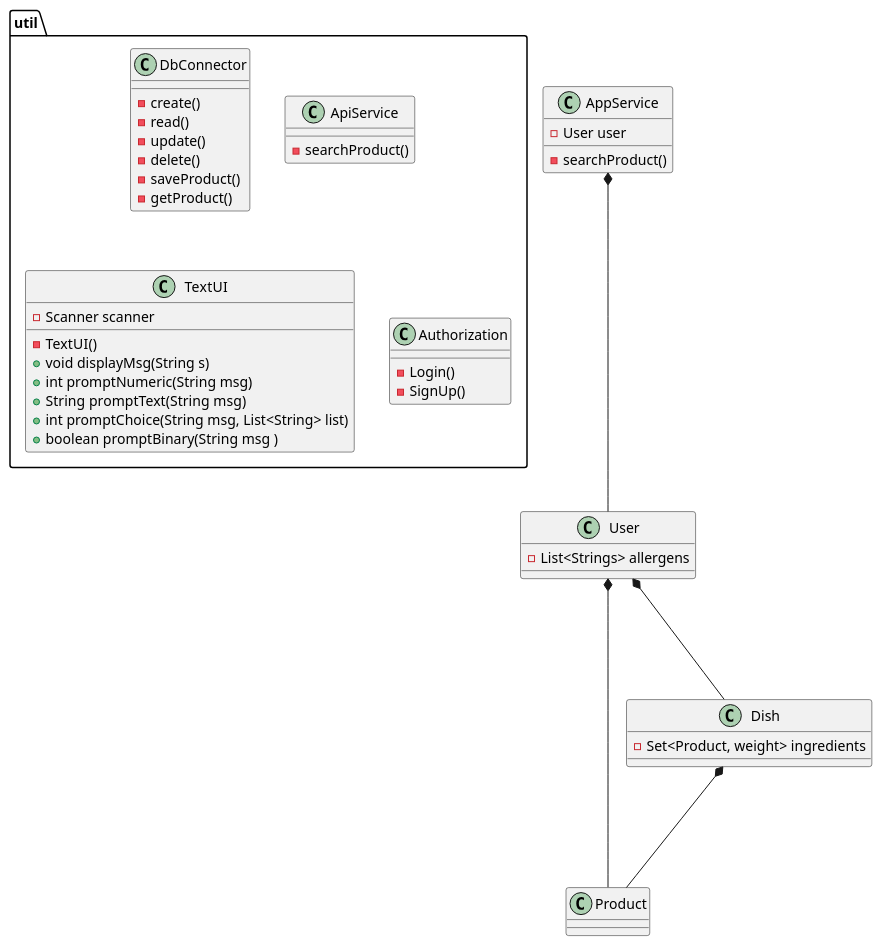
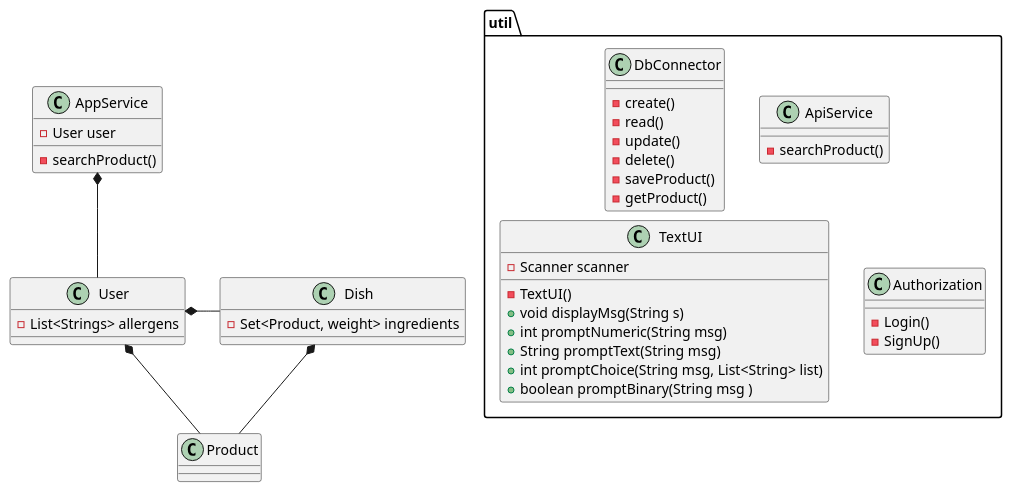
One commit to Team-a-A-e2024/ICE changed the diagram in docs/classDiagram.puml. Above: the diagram before and after it, drawn with PlantUML. The commit also changed 12 other files, not shown here.

```diff
--- a/docs/classDiagram.puml
+++ b/docs/classDiagram.puml
@@ -1,49 +1,49 @@
 @startuml
-
+skinparam ranksep 10
 class AppService {
     - User user
     - searchProduct()
 }
 
 class User {
     - List<Strings> allergens
 }
 class Product {
 }
 class Dish {
     - Set<Product, weight> ingredients
 }
 
 package "util" {
     class DbConnector {
         - create()
         - read()
         - update()
         - delete()
         - saveProduct()
         - getProduct()
     }
     class ApiService {
         - searchProduct()
     }
     class TextUI {
         - TextUI()
         - Scanner scanner
         + void displayMsg(String s)
         + int promptNumeric(String msg)
         + String promptText(String msg)
         + int promptChoice(String msg, List<String> list)
         + boolean promptBinary(String msg )
         }
     class Authorization {
         - Login()
         - SignUp()
     }
 }
 
-AppService *--- User
-User *--- Product
-User *--- Dish
-Dish *--- Product
+AppService *-down- User
+User *-down- Product
+User *- Dish
+Dish *- Product
 
 @enduml
```
